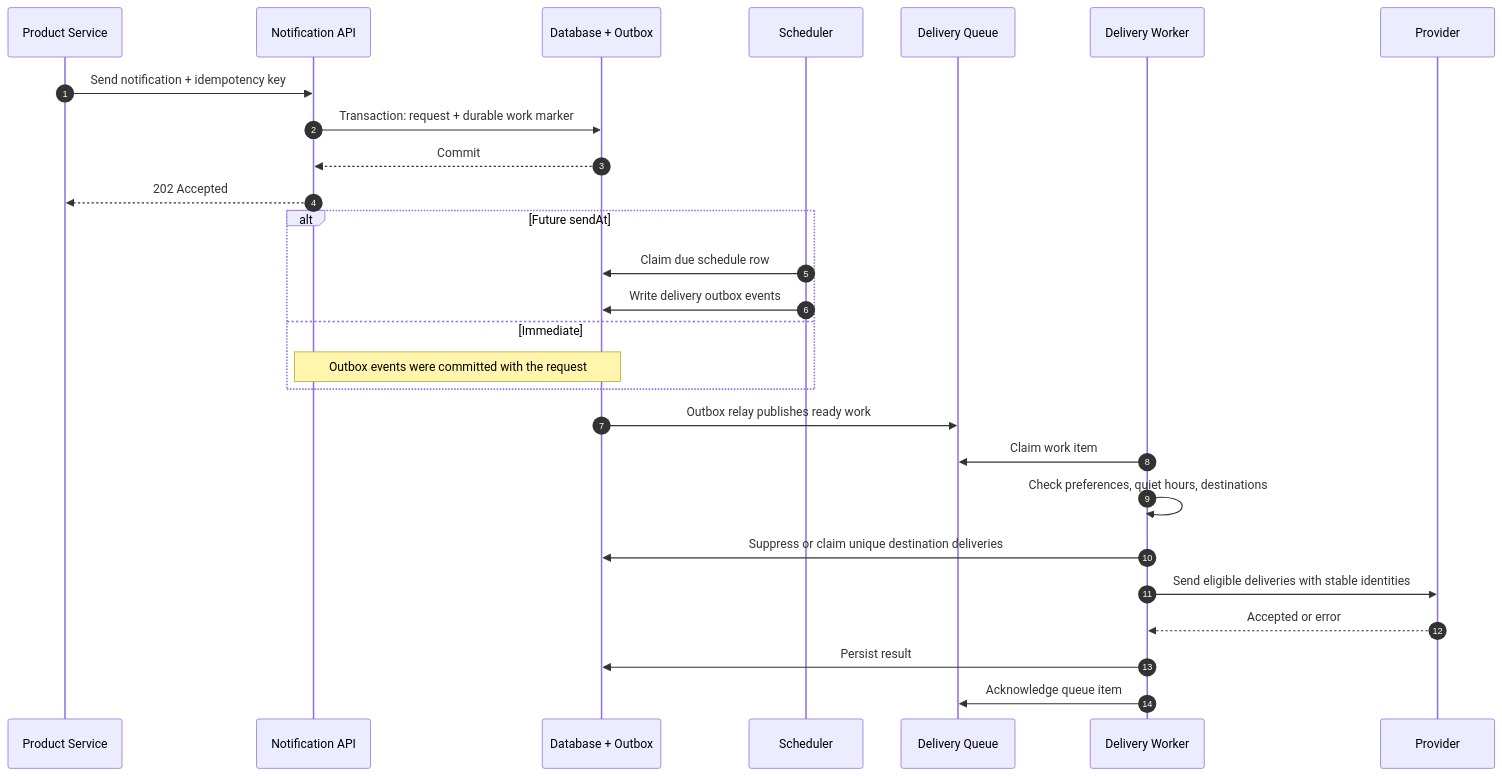
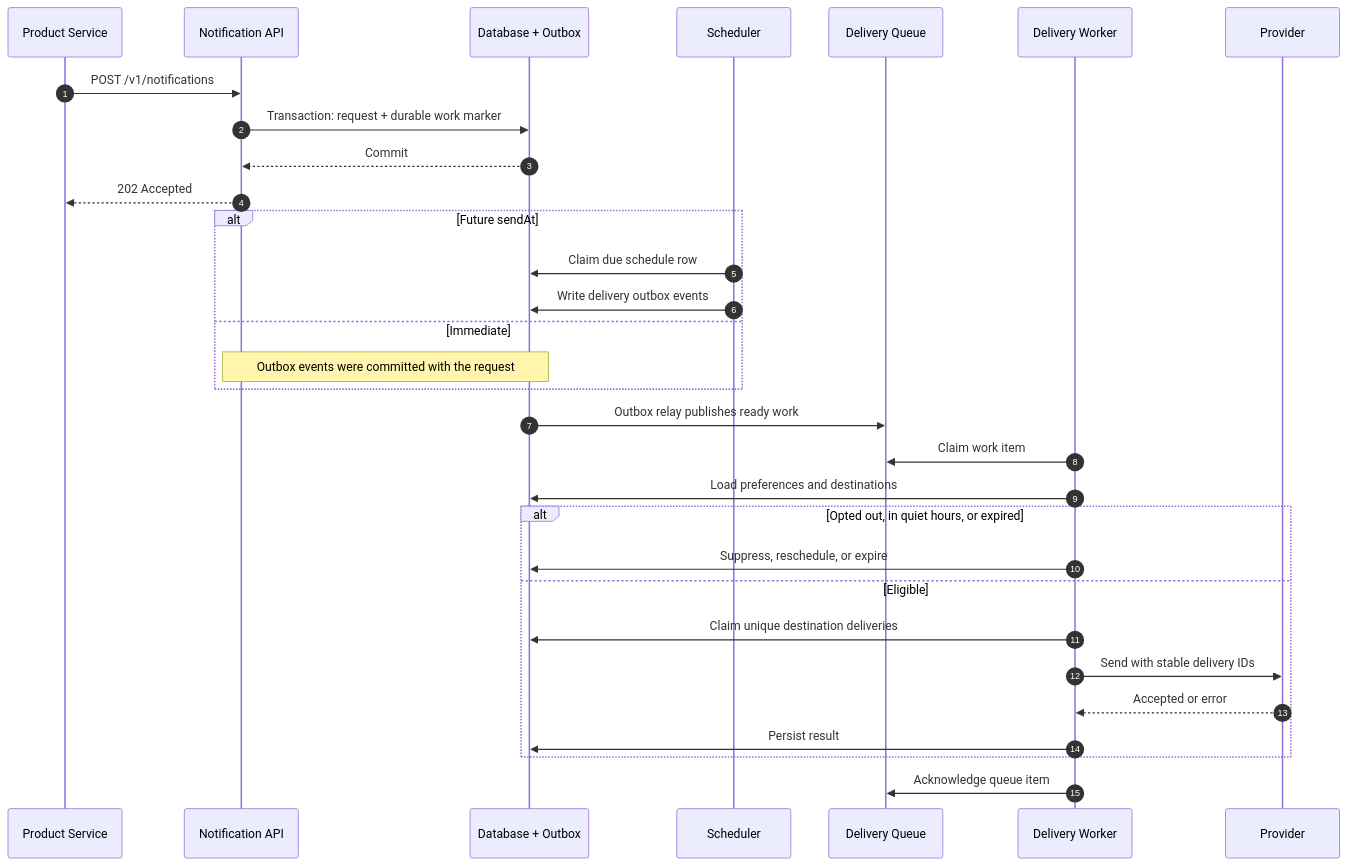
Before and after one commit to ying8020/SD: the third of 6 diagrams in notification_system_design.md, drawn with Mermaid. The commit also changed other lines of this file, not shown here.

Commit message:
Add core notification workflows

````diff
--- a/notification_system_design.md
+++ b/notification_system_design.md
@@ -245,32 +244,36 @@
 ```mermaid
 sequenceDiagram
     autonumber
     participant C as Product Service
     participant A as Notification API
     participant D as Database + Outbox
     participant S as Scheduler
     participant Q as Delivery Queue
     participant W as Delivery Worker
     participant P as Provider
 
-    C->>A: Send notification + idempotency key
+    C->>A: POST /v1/notifications
     A->>D: Transaction: request + durable work marker
     D-->>A: Commit
     A-->>C: 202 Accepted
 
     alt Future sendAt
         S->>D: Claim due schedule row
         S->>D: Write delivery outbox events
     else Immediate
         Note over A,D: Outbox events were committed with the request
     end
 
     D->>Q: Outbox relay publishes ready work
     W->>Q: Claim work item
-    W->>W: Check preferences, quiet hours, destinations
-    W->>D: Suppress or claim unique destination deliveries
-    W->>P: Send eligible deliveries with stable identities
-    P-->>W: Accepted or error
-    W->>D: Persist result
+    W->>D: Load preferences and destinations
+    alt Opted out, in quiet hours, or expired
+        W->>D: Suppress, reschedule, or expire
+    else Eligible
+        W->>D: Claim unique destination deliveries
+        W->>P: Send with stable delivery IDs
+        P-->>W: Accepted or error
+        W->>D: Persist result
+    end
     W->>Q: Acknowledge queue item
 ```
````
